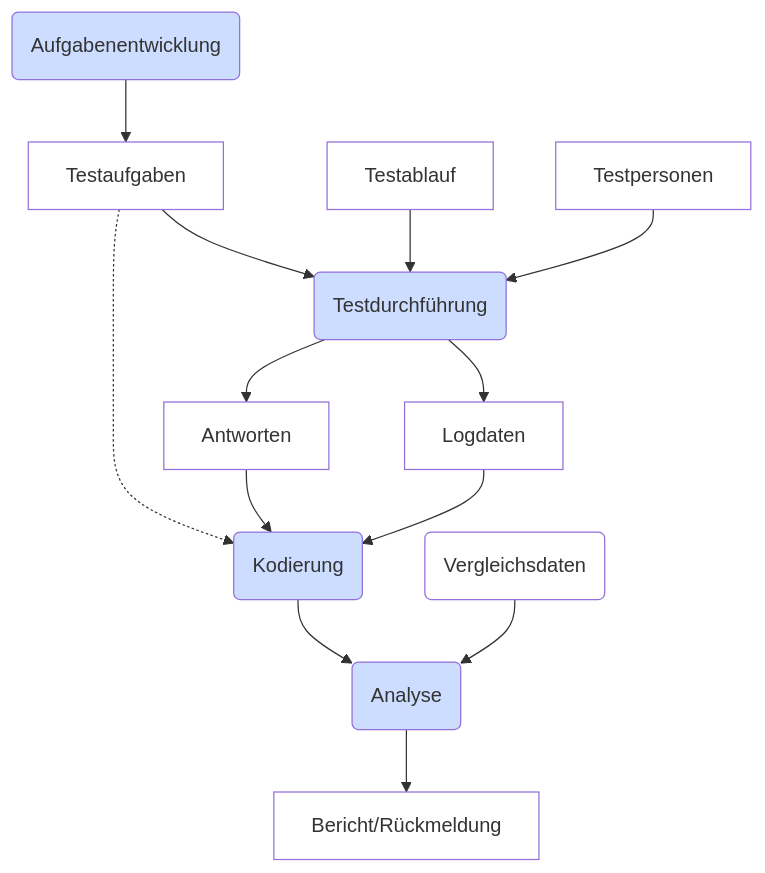
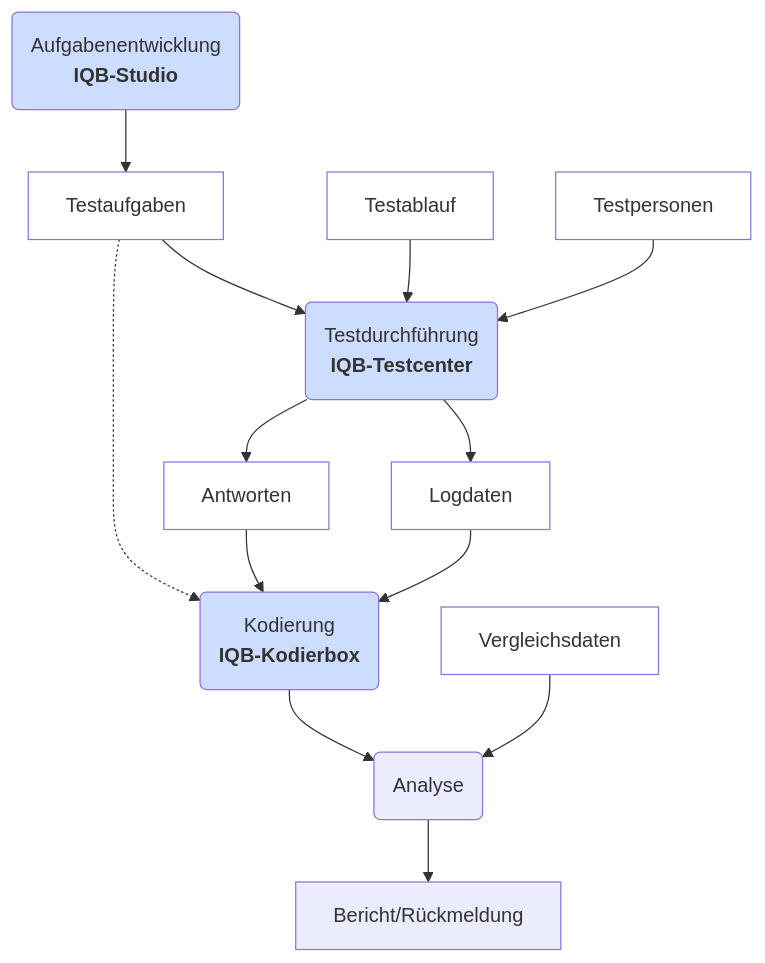
One commit to iqb-berlin/tba-info changed the first of 2 diagrams in intro/index.qmd. Above: the diagram before and after it, drawn with Mermaid. The commit also changed other lines of this file and 5 other files, not shown here.

````diff
--- a/intro/index.qmd
+++ b/intro/index.qmd
@@ -72,26 +17,24 @@
 ```{mermaid}
 flowchart TD
-    R(Aufgabenentwicklung) --> H[Testaufgaben]
+    R(Aufgabenentwicklung<br/><b>IQB-Studio</b>) --> H[Testaufgaben]
     style R fill:#cdf
     style H fill:white
     H --> B
     G[Testablauf] --> B
     style G fill:white
-    A[Testpersonen] --> B(Testdurchführung)
+    A[Testpersonen] --> B(Testdurchführung<br/><b>IQB-Testcenter</b>)
     style A fill:white
     style B fill:#cdf
     B --> K[Antworten]
     style K fill:white
     B --> J[Logdaten]
     style J fill:white
-    H -.-> C(Kodierung)
+    H -.-> C(Kodierung<br/><b>IQB-Kodierbox</b>)
     style C fill:#cdf
     K --> C
     J --> C
     C -->D(Analyse)
-    style D fill:#cdf
-    L(Vergleichsdaten) --> D
+    L[Vergleichsdaten] --> D
     style L fill:white
-    D -->E[Bericht/Rückmeldung]
-    style E fill:white
+    D -->E[Bericht/Rückmeldung]    
 ```
````
